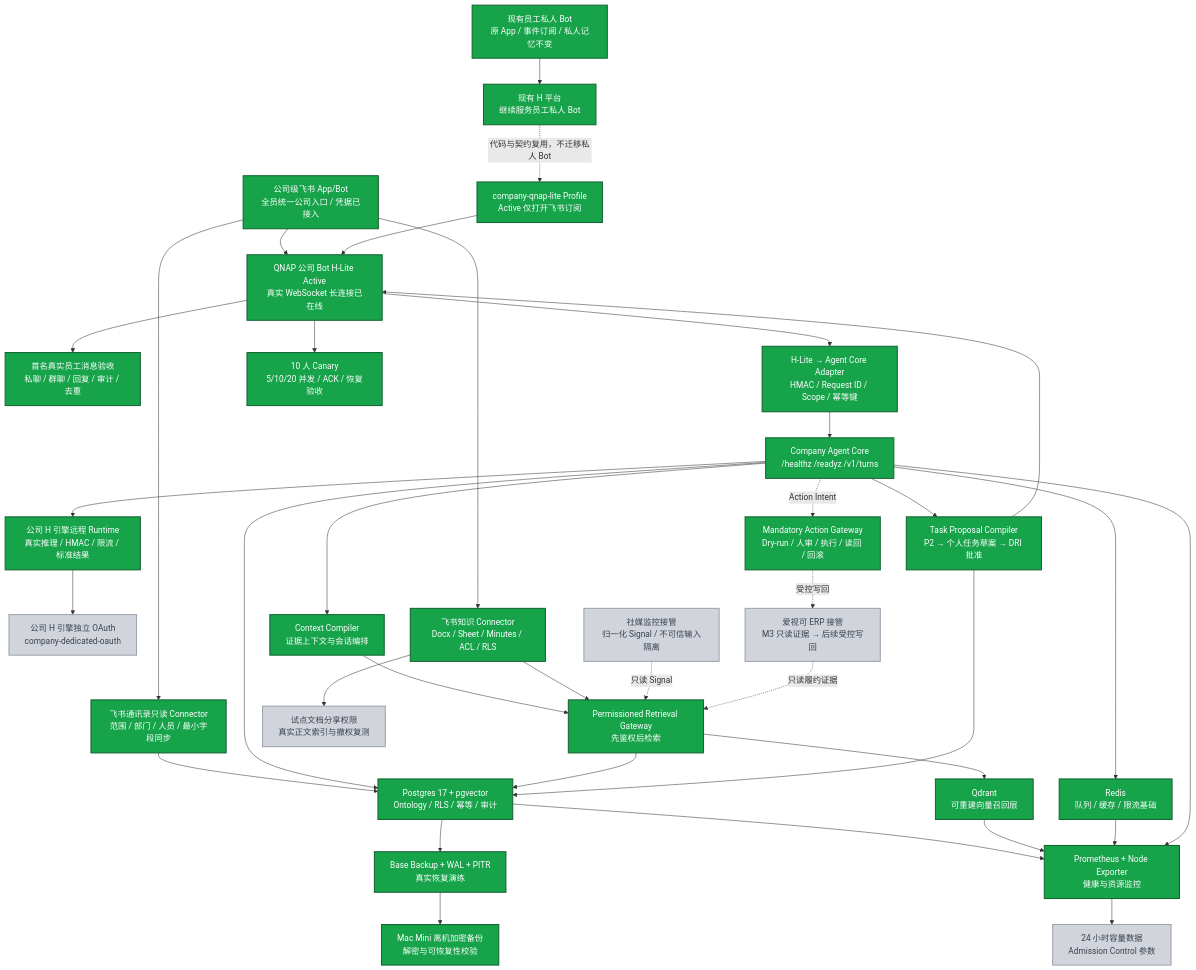
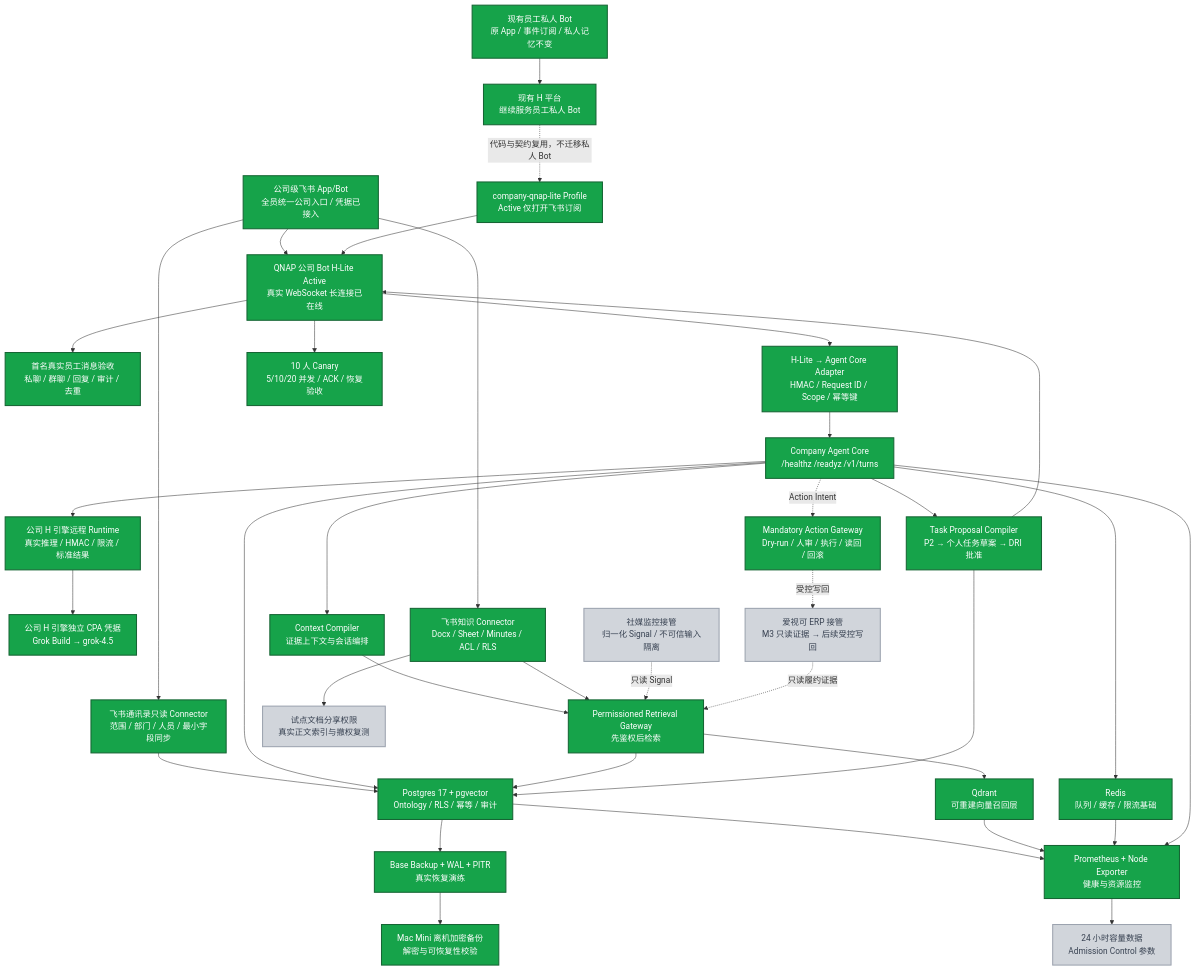
One commit to Hahaxiong838383/oh-my-ccwork changed the diagram in 2-Projects/company-ai-ontology/docs/technical-architecture-progress-2026-08-07.md. Above: the diagram before and after it, drawn with Mermaid. The commit also changed other lines of this file and 10 other files, not shown here.

Commit message:
feat: connect company H engine to CPA Grok 4.5

````diff
--- a/2-Projects/company-ai-ontology/docs/technical-architecture-progress-2026-08-07.md
+++ b/2-Projects/company-ai-ontology/docs/technical-architecture-progress-2026-08-07.md
@@ -10,68 +10,68 @@
 ```mermaid
 flowchart TB
   PRIVATE["现有员工私人 Bot<br/>原 App / 事件订阅 / 私人记忆不变"]:::done
   H_EXISTING["现有 H 平台<br/>继续服务员工私人 Bot"]:::done
   FEISHU["公司级飞书 App/Bot<br/>全员统一公司入口 / 凭据已接入"]:::done
   H_PROFILE["company-qnap-lite Profile<br/>Active 仅打开飞书订阅"]:::done
   H_PROCESS["QNAP 公司 Bot H-Lite Active<br/>真实 WebSocket 长连接已在线"]:::done
   REAL_E2E["首名真实员工消息验收<br/>私聊 / 群聊 / 回复 / 审计 / 去重"]:::done
   DIRECTORY["飞书通讯录只读 Connector<br/>范围 / 部门 / 人员 / 最小字段同步"]:::done
   ADAPTER["H-Lite → Agent Core Adapter<br/>HMAC / Request ID / Scope / 幂等键"]:::done
 
   CORE["Company Agent Core<br/>/healthz /readyz /v1/turns"]:::done
   H_ENGINE["公司 H 引擎远程 Runtime<br/>真实推理 / HMAC / 限流 / 标准结果"]:::done
-  H_CREDENTIAL["公司 H 引擎独立 OAuth<br/>company-dedicated-oauth"]:::todo
+  H_CREDENTIAL["公司 H 引擎独立 CPA 凭据<br/>Grok Build → grok-4.5"]:::done
   CONTEXT["Context Compiler<br/>证据上下文与会话编排"]:::done
   RETRIEVAL["Permissioned Retrieval Gateway<br/>先鉴权后检索"]:::done
   KNOWLEDGE["飞书知识 Connector<br/>Docx / Sheet / Minutes / ACL / RLS"]:::done
   KNOWLEDGE_ACCESS["试点文档分享权限<br/>真实正文索引与撤权复测"]:::todo
   TASK["Task Proposal Compiler<br/>P2 → 个人任务草案 → DRI 批准"]:::done
 
   PG["Postgres 17 + pgvector<br/>Ontology / RLS / 幂等 / 审计"]:::done
   QDRANT["Qdrant<br/>可重建向量召回层"]:::done
   REDIS["Redis<br/>队列 / 缓存 / 限流基础"]:::done
   OBS["Prometheus + Node Exporter<br/>健康与资源监控"]:::done
   BACKUP["Base Backup + WAL + PITR<br/>真实恢复演练"]:::done
 
   ACTION["Mandatory Action Gateway<br/>Dry-run / 人审 / 执行 / 读回 / 回滚"]:::done
   ERP["爱视可 ERP 接管<br/>M3 只读证据 → 后续受控写回"]:::todo
   SOCIAL["社媒监控接管<br/>归一化 Signal / 不可信输入隔离"]:::todo
   CANARY["10 人 Canary<br/>5/10/20 并发 / ACK / 恢复验收"]:::done
   OFFSITE["Mac Mini 离机加密备份<br/>解密与可恢复性校验"]:::done
   CAPACITY["24 小时容量数据<br/>Admission Control 参数"]:::todo
 
   PRIVATE --> H_EXISTING
   H_EXISTING -. "代码与契约复用，不迁移私人 Bot" .-> H_PROFILE
   FEISHU --> H_PROCESS
   FEISHU --> DIRECTORY --> PG
   H_PROCESS --> REAL_E2E
   H_PROFILE --> H_PROCESS
   H_PROCESS --> ADAPTER --> CORE
   CORE --> H_ENGINE
   H_ENGINE --> H_CREDENTIAL
   CORE --> CONTEXT --> RETRIEVAL
   FEISHU --> KNOWLEDGE --> RETRIEVAL
   KNOWLEDGE --> KNOWLEDGE_ACCESS
   CORE --> TASK
   CORE --> PG
   RETRIEVAL --> PG
   RETRIEVAL --> QDRANT
   CORE --> REDIS
   TASK --> PG
   TASK --> H_PROCESS
   CORE -. "Action Intent" .-> ACTION
   ACTION -. "受控写回" .-> ERP
   SOCIAL -. "只读 Signal" .-> RETRIEVAL
   ERP -. "只读履约证据" .-> RETRIEVAL
   PG --> BACKUP
   PG --> OBS
   QDRANT --> OBS
   REDIS --> OBS
   CORE --> OBS
   H_PROCESS --> CANARY
   BACKUP --> OFFSITE
   OBS --> CAPACITY
 
   classDef done fill:#16a34a,color:#ffffff,stroke:#166534,stroke-width:2px;
   classDef todo fill:#d1d5db,color:#374151,stroke:#9ca3af,stroke-width:2px;
 ```
````
